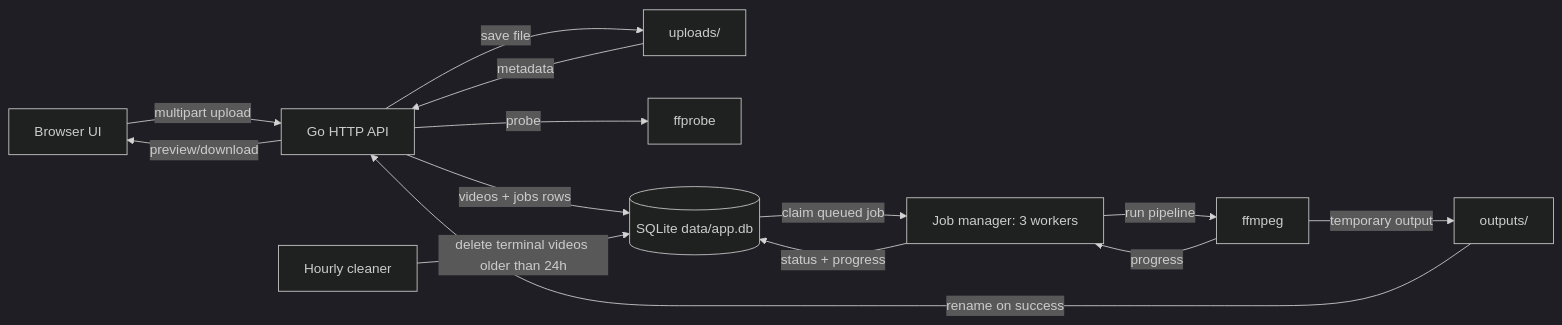
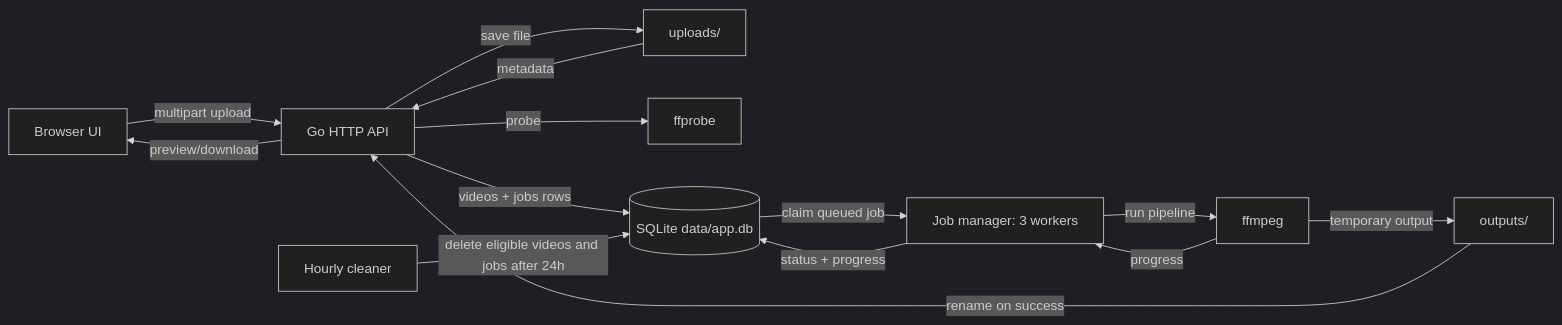
The diagram in README.md (SwayKh/Motion), drawn with Mermaid (dark theme) before and after one commit. The commit also changed other lines of this file and 4 other files, not shown here.

````diff
--- a/README.md
+++ b/README.md
@@ -91,16 +91,16 @@
 ```mermaid
 flowchart LR
     Browser["Browser UI"] -->|multipart upload| API["Go HTTP API"]
     API -->|save file| Uploads["uploads/"]
     API -->|probe| FFprobe["ffprobe"]
     Uploads -->|metadata| API
     API -->|videos + jobs rows| DB[("SQLite data/app.db")]
     DB -->|claim queued job| Workers["Job manager: 3 workers"]
     Workers -->|run pipeline| FFmpeg["ffmpeg"]
     FFmpeg -->|temporary output| Outputs["outputs/"]
     FFmpeg -->|progress| Workers
     Workers -->|status + progress| DB
     Outputs -->|rename on success| API
     API -->|preview/download| Browser
-    Cleaner["Hourly cleaner"] -->|delete terminal videos older than 24h| DB
+    Cleaner["Hourly cleaner"] -->|delete eligible videos and jobs after 24h| DB
 ```
````
